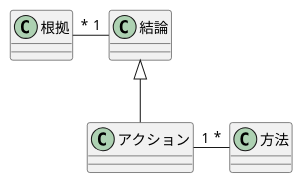
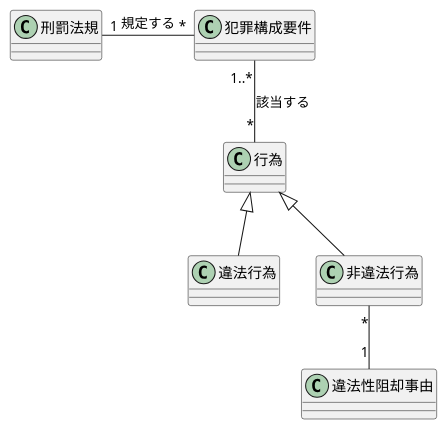
The diagram in ch14/sample.puml (yinm/uml-modeling-lesson), drawn with PlantUML before and after one commit.

Commit message:
Add lesson50

```diff
--- a/ch14/sample.puml
+++ b/ch14/sample.puml
@@ -1,12 +1,16 @@
 @startuml
 
-class 根拠
-class 結論
-class アクション
-class 方法
+class 刑罰法規
+class 犯罪構成要件
+class 行為
+class 違法行為
+class 非違法行為
+class 違法性阻却事由
 
-根拠 "*"-r-"1" 結論
-アクション -u-|> 結論
-アクション "1"-r-"*" 方法
+刑罰法規 "1"-r-"*" 犯罪構成要件 : 規定する
+犯罪構成要件 "1..*"--"*" 行為 : 該当する
+違法行為 -u-|> 行為
+非違法行為 -u-|> 行為
+非違法行為 "*"--"1" 違法性阻却事由
 
 @enduml
```
